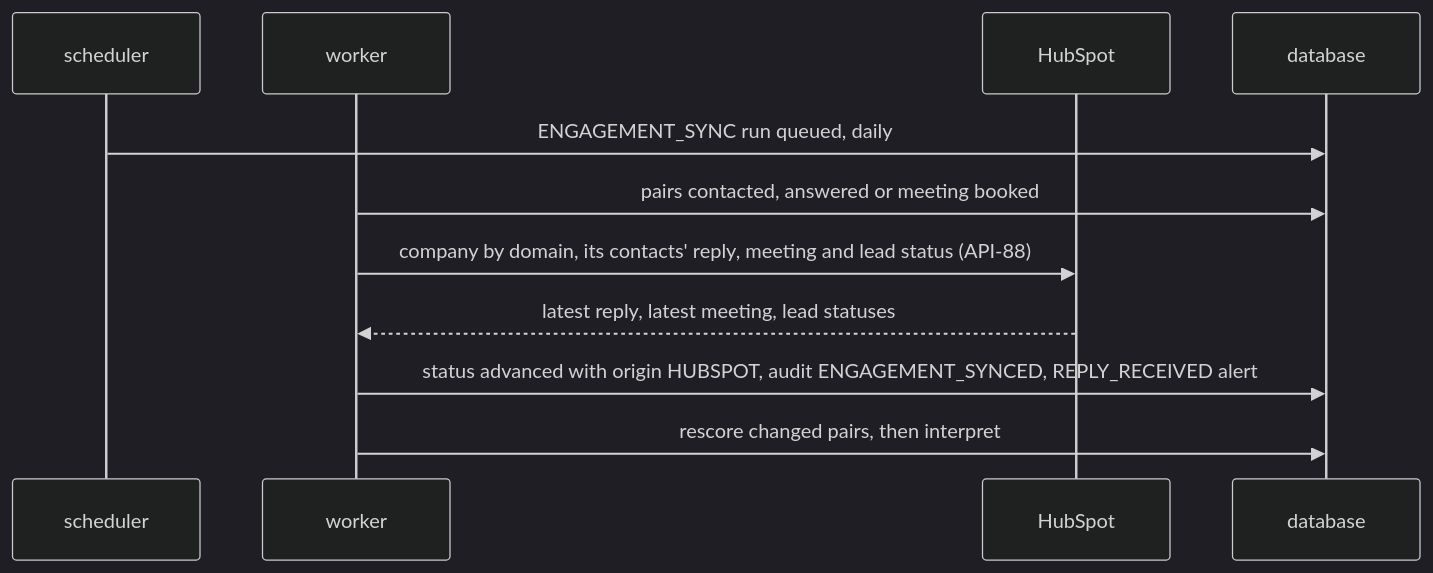
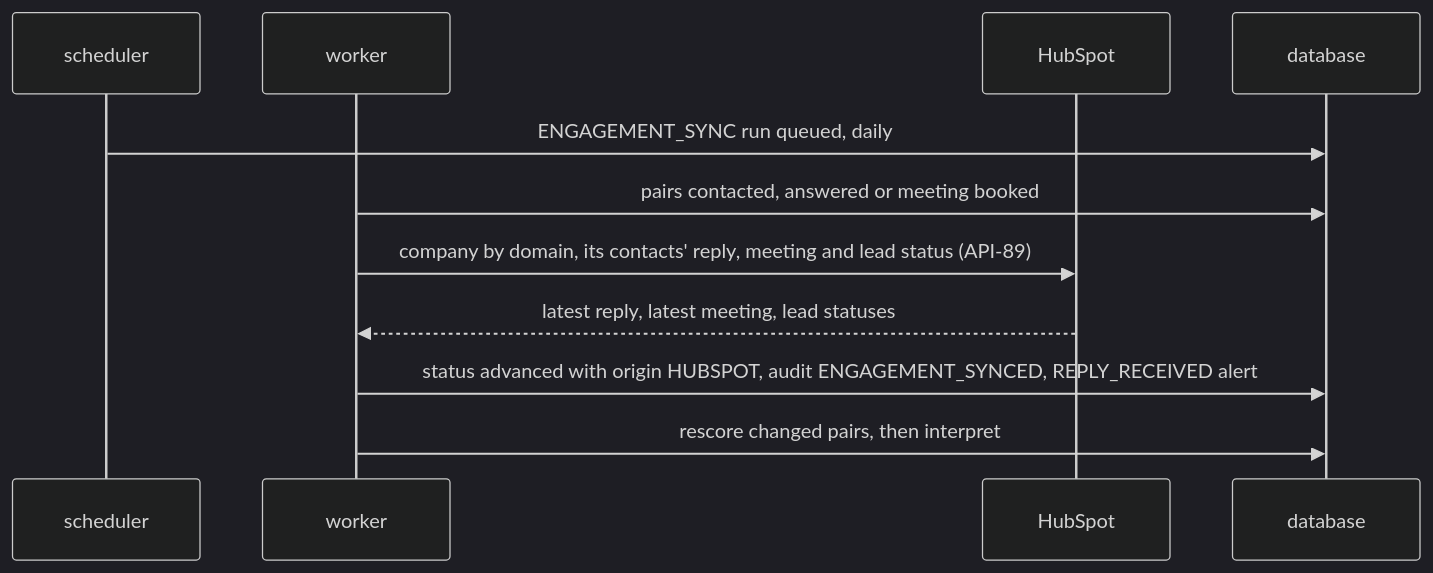
Before and after one commit to Nichita111/OrangeLeadRadar: the second of 2 diagrams in docs/features/outreach-and-crm.md, drawn with Mermaid (dark theme). The commit also changed other lines of this file and 21 other files, not shown here.

````diff
--- a/docs/features/outreach-and-crm.md
+++ b/docs/features/outreach-and-crm.md
@@ -47,13 +47,13 @@
 ```mermaid
 sequenceDiagram
   participant S as scheduler
   participant W as worker
   participant H as HubSpot
   participant DB as database
   S->>DB: ENGAGEMENT_SYNC run queued, daily
   W->>DB: pairs contacted, answered or meeting booked
-  W->>H: company by domain, its contacts' reply, meeting and lead status (API-88)
+  W->>H: company by domain, its contacts' reply, meeting and lead status (API-89)
   H-->>W: latest reply, latest meeting, lead statuses
   W->>DB: status advanced with origin HUBSPOT, audit ENGAGEMENT_SYNCED, REPLY_RECEIVED alert
   W->>DB: rescore changed pairs, then interpret
 ```
````
